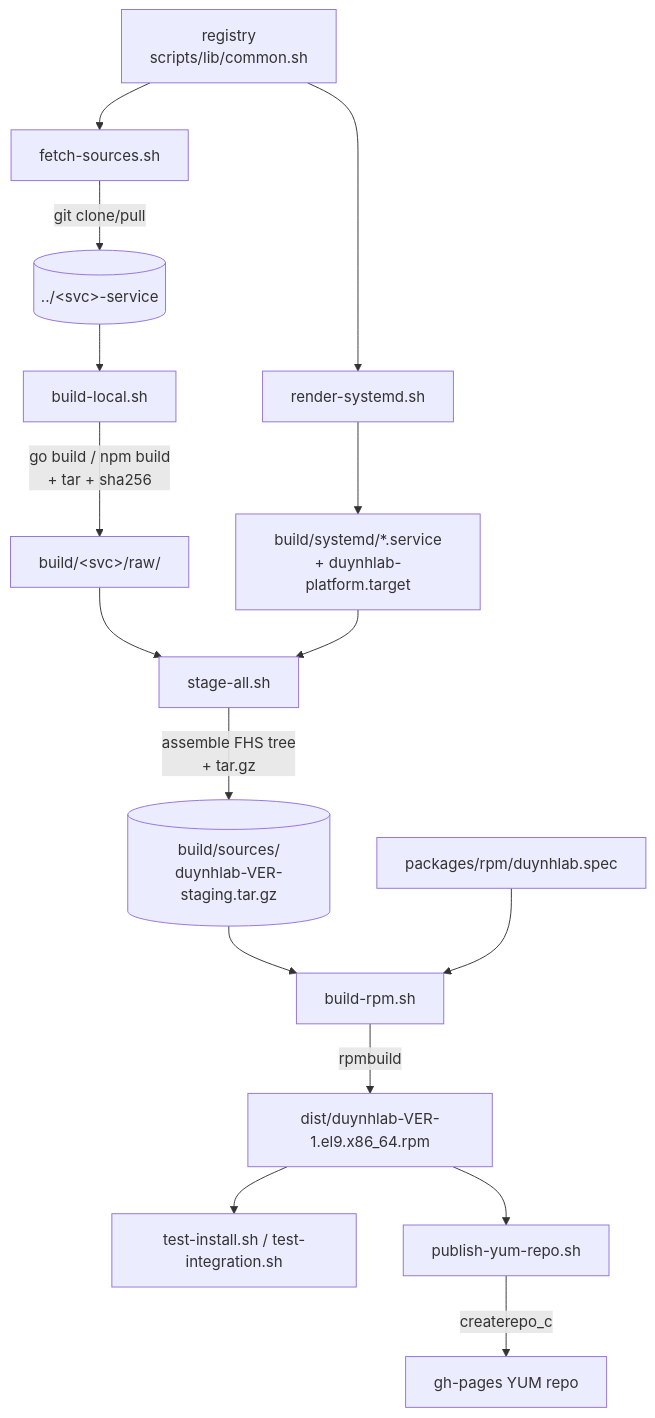
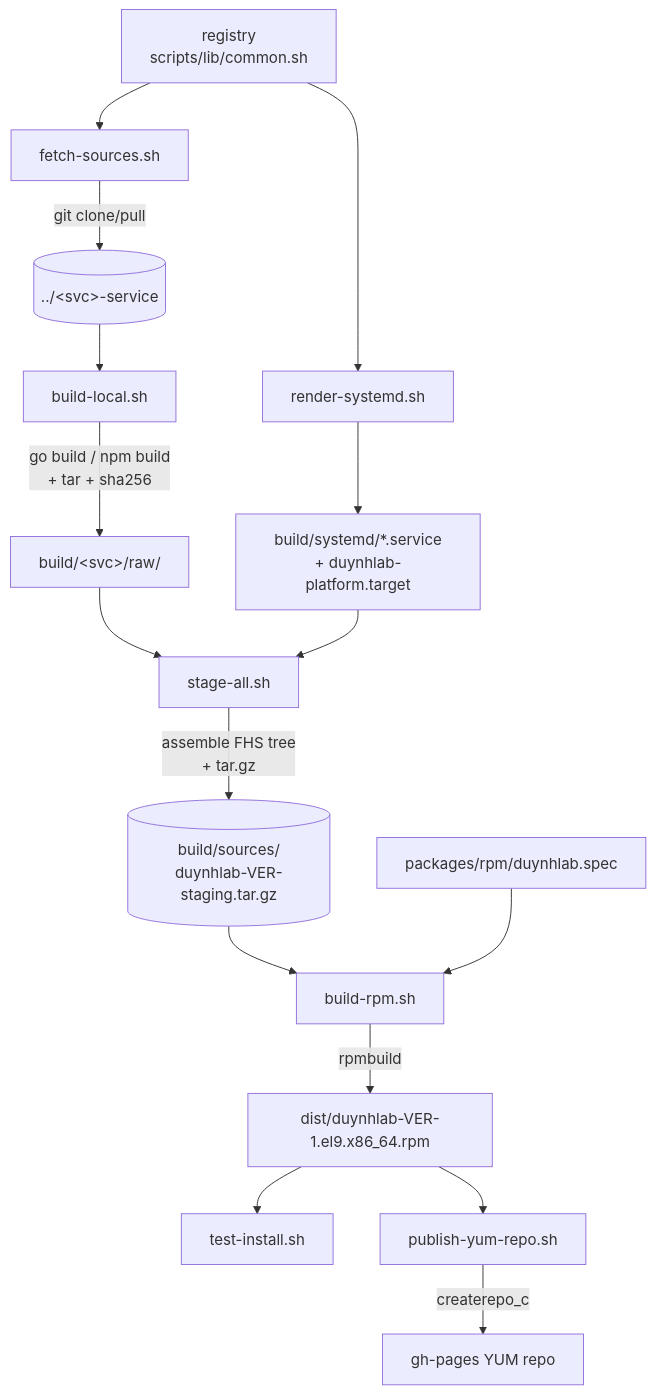
The first of 2 diagrams in docs/004-build.md (duynhlab/packages), drawn with Mermaid before and after one commit. The commit also changed other lines of this file and 4 other files, not shown here.

First line of the commit message:
docs: redesign README + sync for nginx gateway / dropped integration test

````diff
--- a/docs/004-build.md
+++ b/docs/004-build.md
@@ -12,18 +12,18 @@
 ```mermaid
 flowchart TD
   YML[registry<br/>scripts/lib/common.sh] --> FS[fetch-sources.sh]
   FS -->|git clone/pull| SRC[(../&lt;svc&gt;-service)]
   SRC --> BL[build-local.sh]
   BL -->|go build / npm build<br/>+ tar + sha256| RAW[build/&lt;svc&gt;/raw/]
   YML --> RS[render-systemd.sh]
   RS --> UNITS[build/systemd/*.service<br/>+ duynhlab-platform.target]
   RAW --> SA[stage-all.sh]
   UNITS --> SA
   SA -->|assemble FHS tree<br/>+ tar.gz| SRC0[(build/sources/<br/>duynhlab-VER-staging.tar.gz)]
   SRC0 --> BR[build-rpm.sh]
   SPEC[packages/rpm/duynhlab.spec] --> BR
   BR -->|rpmbuild| RPM[dist/duynhlab-VER-1.el9.x86_64.rpm]
-  RPM --> SM[test-install.sh / test-integration.sh]
+  RPM --> SM[test-install.sh]
   RPM --> PUB[publish-yum-repo.sh]
   PUB -->|createrepo_c| GH[gh-pages YUM repo]
 ```
````
